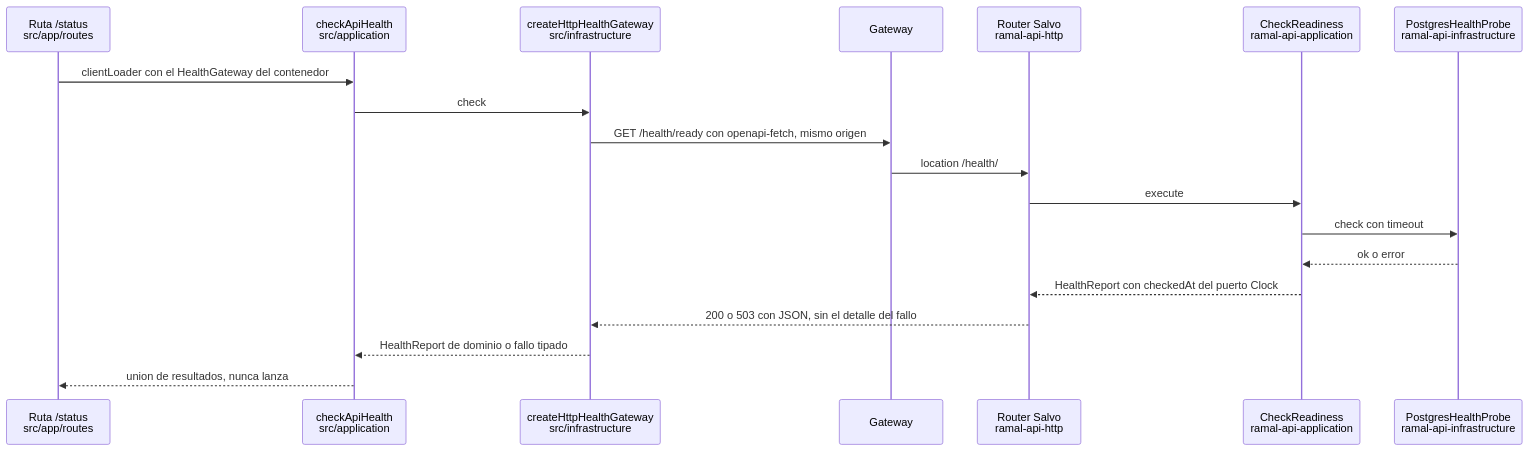
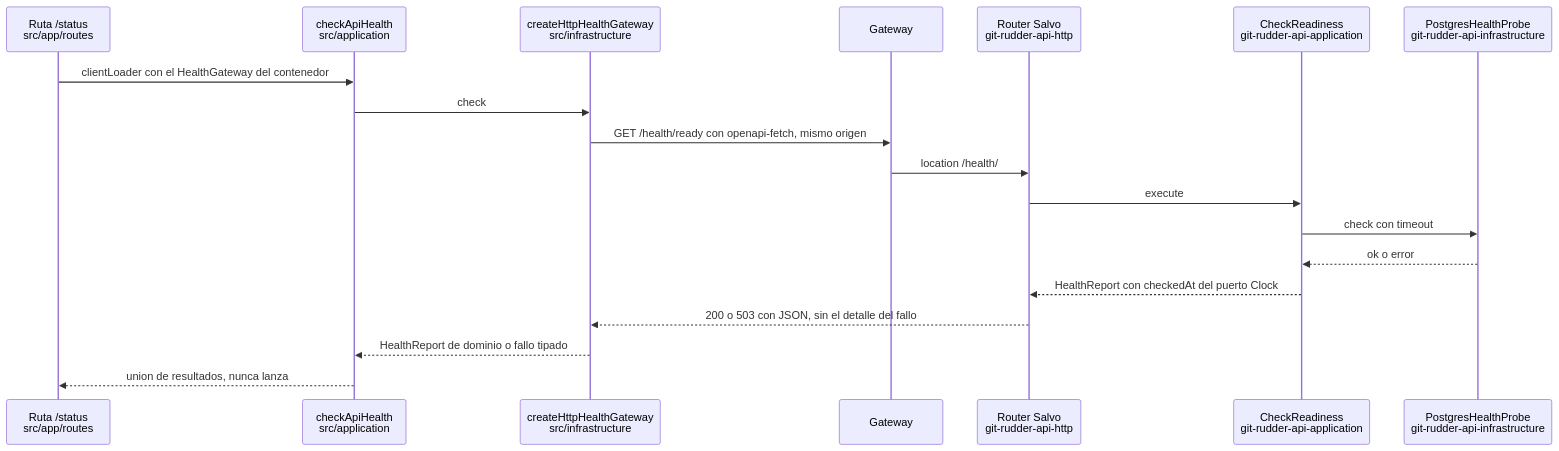
Before and after one commit to eabl0306/ramal: the fifth of 6 diagrams in docs/architecture.md, drawn with Mermaid. The commit also changed other lines of this file and 524 other files, not shown here.

First line of the commit message:
refactor(repo): renombrar el producto a Git Rudder

````diff
--- a/docs/architecture.md
+++ b/docs/architecture.md
@@ -1123,21 +1123,21 @@
 ```mermaid
 sequenceDiagram
     participant R as Ruta /status<br/>src/app/routes
     participant UC as checkApiHealth<br/>src/application
     participant A as createHttpHealthGateway<br/>src/infrastructure
     participant GW as Gateway
-    participant HT as Router Salvo<br/>ramal-api-http
-    participant CR as CheckReadiness<br/>ramal-api-application
-    participant PG as PostgresHealthProbe<br/>ramal-api-infrastructure
+    participant HT as Router Salvo<br/>git-rudder-api-http
+    participant CR as CheckReadiness<br/>git-rudder-api-application
+    participant PG as PostgresHealthProbe<br/>git-rudder-api-infrastructure
     R->>UC: clientLoader con el HealthGateway del contenedor
     UC->>A: check
     A->>GW: GET /health/ready con openapi-fetch, mismo origen
     GW->>HT: location /health/
     HT->>CR: execute
     CR->>PG: check con timeout
     PG-->>CR: ok o error
     CR-->>HT: HealthReport con checkedAt del puerto Clock
     HT-->>A: 200 o 503 con JSON, sin el detalle del fallo
     A-->>UC: HealthReport de dominio o fallo tipado
     UC-->>R: union de resultados, nunca lanza
 ```
````
